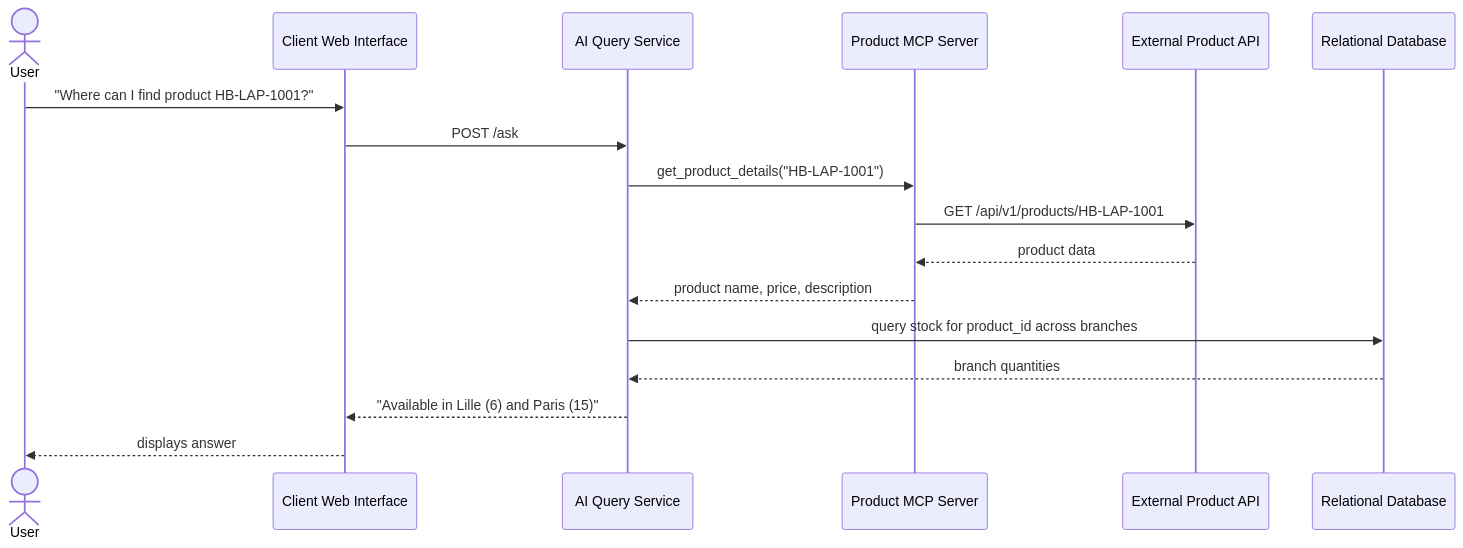
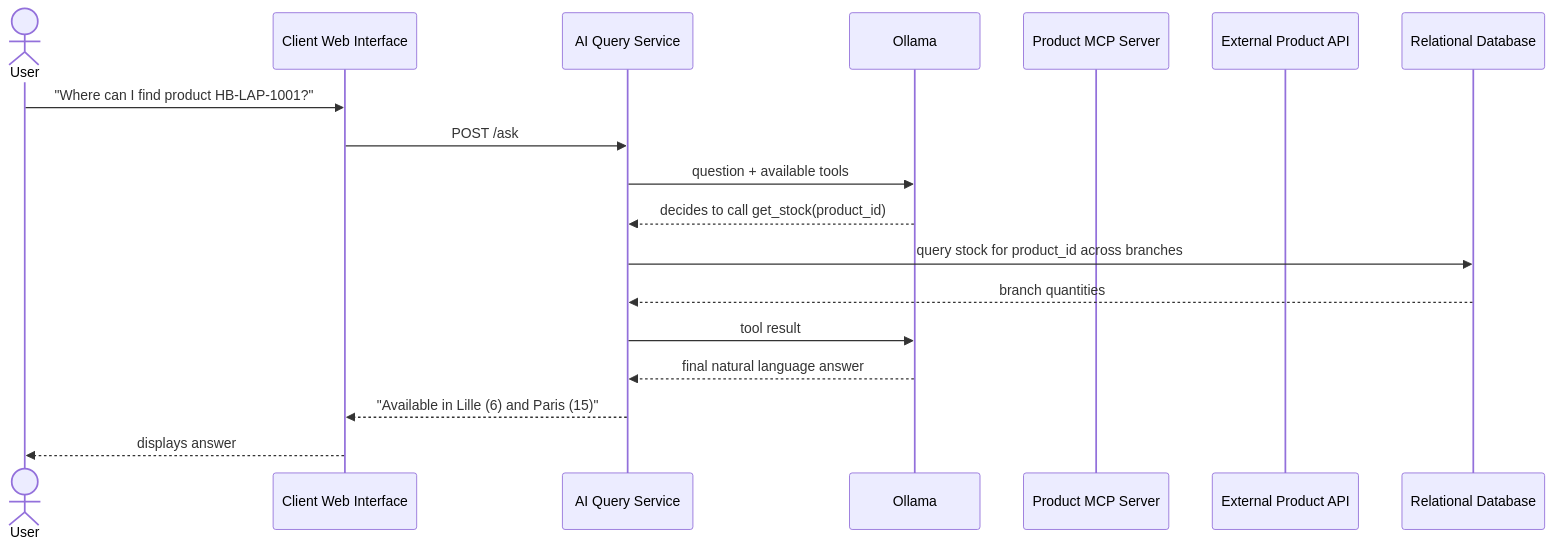
The second of 2 diagrams in inventory-management-system/docs/architecture.md (Lunaruo/hbntory-inventory-platform), drawn with Mermaid before and after one commit. The commit also changed other lines of this file, not shown here.

Commit message:
Update architecture doc to reflect real Ollama agent and MCP HTTP client

````diff
--- a/inventory-management-system/docs/architecture.md
+++ b/inventory-management-system/docs/architecture.md
@@ -149,20 +153,21 @@
 ```mermaid
 sequenceDiagram
     actor U as User
     participant C as Client Web Interface
     participant AI as AI Query Service
+    participant O as Ollama
     participant MCP as Product MCP Server
     participant API as External Product API
     participant DB as Relational Database
 
     U->>C: "Where can I find product HB-LAP-1001?"
     C->>AI: POST /ask
-    AI->>MCP: get_product_details("HB-LAP-1001")
-    MCP->>API: GET /api/v1/products/HB-LAP-1001
-    API-->>MCP: product data
-    MCP-->>AI: product name, price, description
+    AI->>O: question + available tools
+    O-->>AI: decides to call get_stock(product_id)
     AI->>DB: query stock for product_id across branches
     DB-->>AI: branch quantities
+    AI->>O: tool result
+    O-->>AI: final natural language answer
     AI-->>C: "Available in Lille (6) and Paris (15)"
     C-->>U: displays answer
 ```
````
